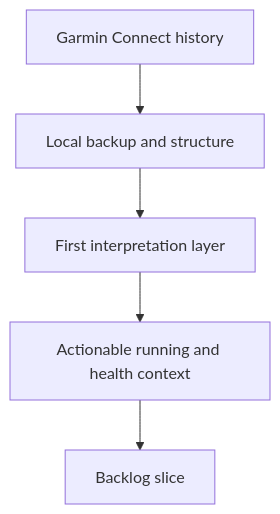
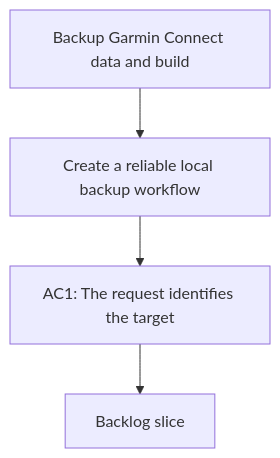
One commit to Jilanos/Coach_garmin changed the diagram in logics/request/req_000_backup_garmin_connect_data_and_build_first_interpretation_layer.md. Above: the diagram before and after it, drawn with Mermaid. The commit also changed other lines of this file and 86 other files, not shown here.

Commit message:
Harden chart UX and UTF-8 handling

````diff
--- a/logics/request/req_000_backup_garmin_connect_data_and_build_first_interpretation_layer.md
+++ b/logics/request/req_000_backup_garmin_connect_data_and_build_first_interpretation_layer.md
@@ -51,9 +51,8 @@
 ```mermaid
 %% logics-kind: request
 %% logics-signature: request|backup-garmin-connect-data-and-build-fir|create-a-reliable-local-backup-workflow|ac1-the-request-identifies-the-target
 flowchart TD
-    Trigger[Garmin Connect history] --> Need[Local backup and structure]
-    Need --> Processing[First interpretation layer]
-    Processing --> Outcome[Actionable running and health context]
+    Trigger[Backup Garmin Connect data and build] --> Need[Create a reliable local backup workflow]
+    Need --> Outcome[AC1: The request identifies the target]
     Outcome --> Backlog[Backlog slice]
 ```
````
